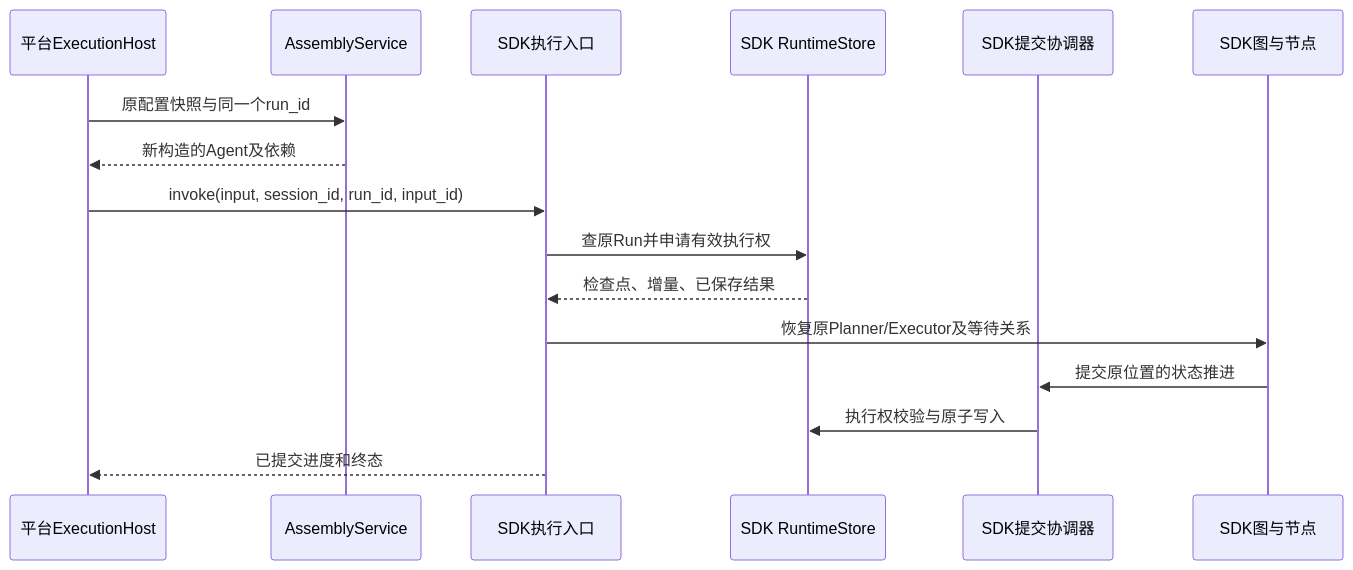
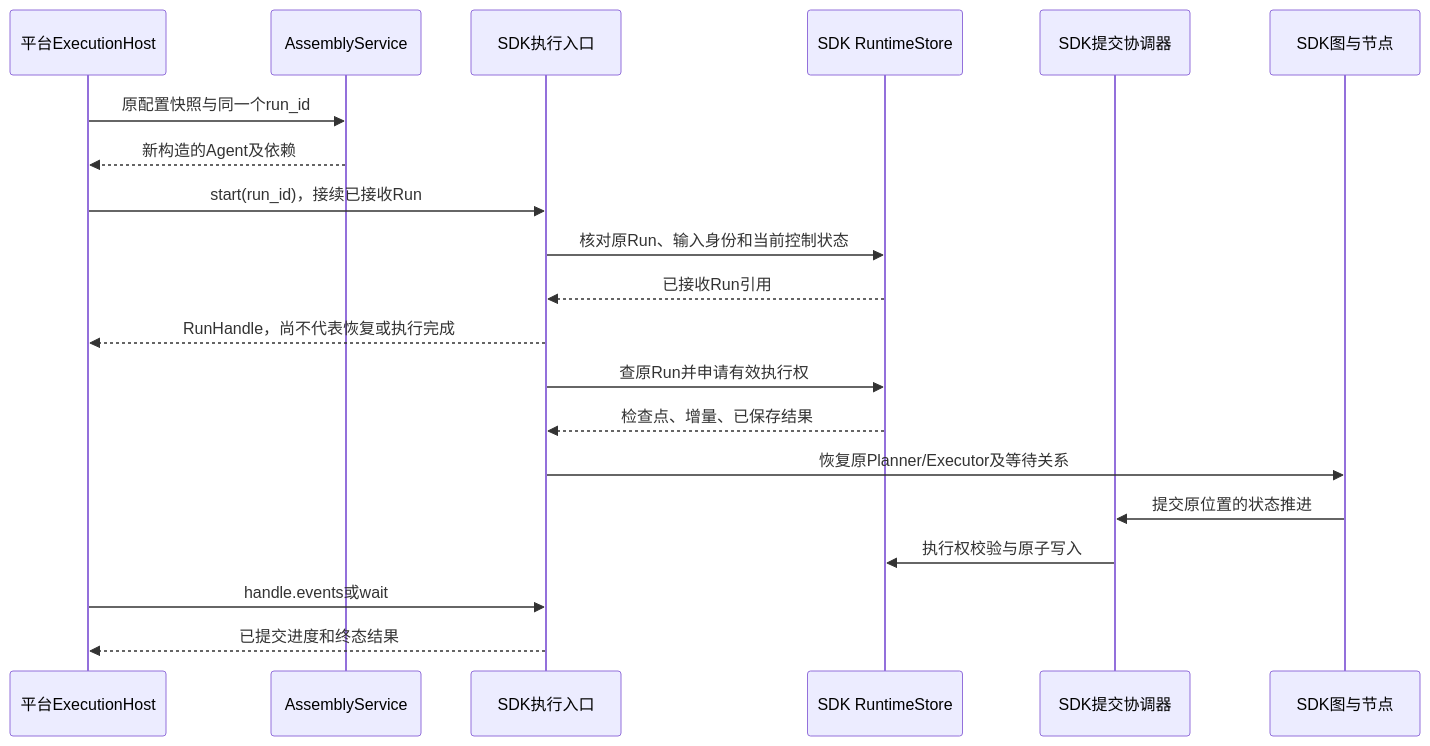
One commit to dujian0068/agent-loom changed the diagram in docs/platform/sdk-integration.md. Above: the diagram before and after it, drawn with Mermaid. The commit also changed other lines of this file and 14 other files, not shown here.

````diff
--- a/docs/platform/sdk-integration.md
+++ b/docs/platform/sdk-integration.md
@@ -37,18 +39,22 @@
 ```mermaid
 sequenceDiagram
     participant H as 平台ExecutionHost
     participant A as AssemblyService
     participant S as SDK执行入口
     participant C as SDK RuntimeStore
     participant K as SDK提交协调器
     participant E as SDK图与节点
     H->>A: 原配置快照与同一个run_id
     A-->>H: 新构造的Agent及依赖
-    H->>S: invoke(input, session_id, run_id, input_id)
+    H->>S: start(run_id)，接续已接收Run
+    S->>C: 核对原Run、输入身份和当前控制状态
+    C-->>S: 已接收Run引用
+    S-->>H: RunHandle，尚不代表恢复或执行完成
     S->>C: 查原Run并申请有效执行权
     C-->>S: 检查点、增量、已保存结果
     S->>E: 恢复原Planner/Executor及等待关系
     E->>K: 提交原位置的状态推进
     K->>C: 执行权校验与原子写入
-    S-->>H: 已提交进度和终态
+    H->>S: handle.events或wait
+    S-->>H: 已提交进度和终态结果
 ```
````
